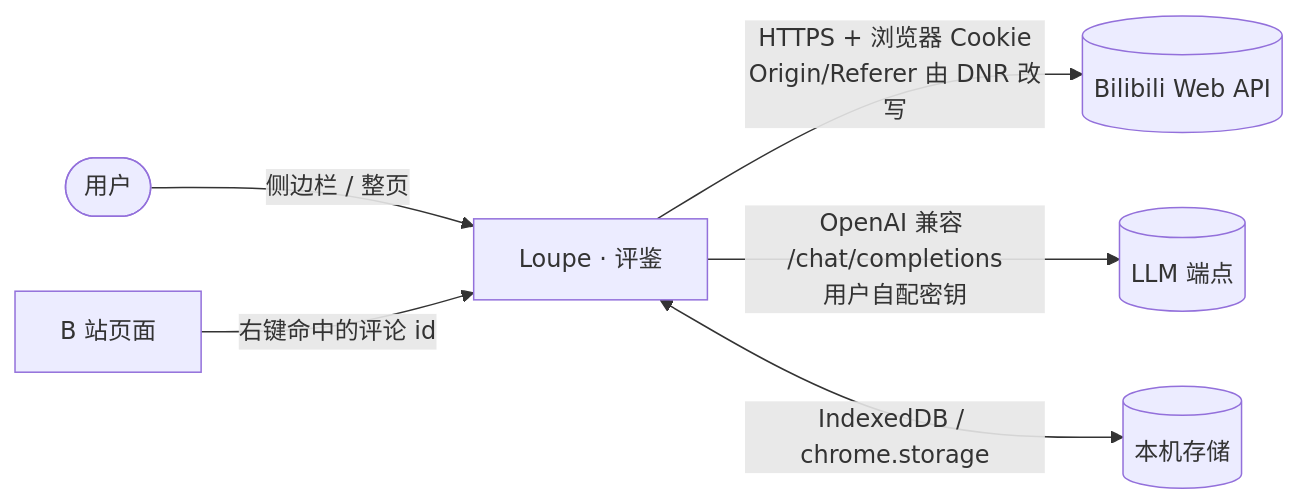
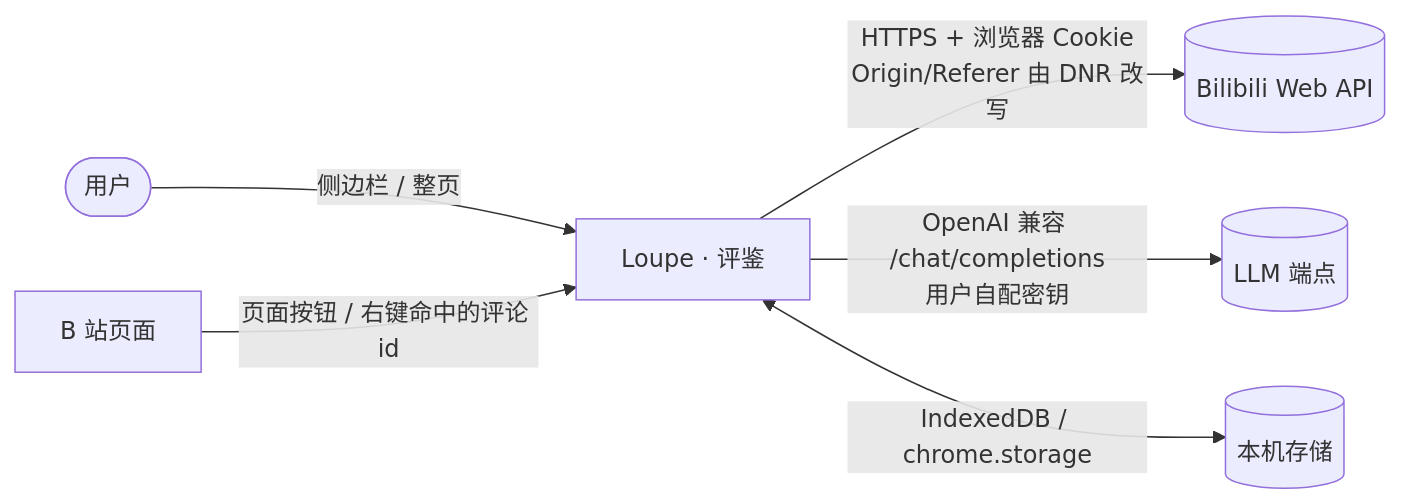
Before and after one commit to yabo083/BCCAVT: the diagram in docs/architecture/01-context.md, drawn with Mermaid. The commit also changed other lines of this file and 18 other files, not shown here.

````diff
--- a/docs/architecture/01-context.md
+++ b/docs/architecture/01-context.md
@@ -5,8 +5,8 @@
 ```mermaid
 flowchart LR
   user([用户]) -->|侧边栏 / 整页| ext[Loupe · 评鉴]
   ext -->|HTTPS + 浏览器 Cookie<br/>Origin/Referer 由 DNR 改写| bili[(Bilibili Web API)]
   ext -->|OpenAI 兼容 /chat/completions<br/>用户自配密钥| llm[(LLM 端点)]
   ext <-->|IndexedDB / chrome.storage| store[(本机存储)]
-  page[B 站页面] -->|右键命中的评论 id| ext
+  page[B 站页面] -->|页面按钮 / 右键命中的评论 id| ext
 ```
````
